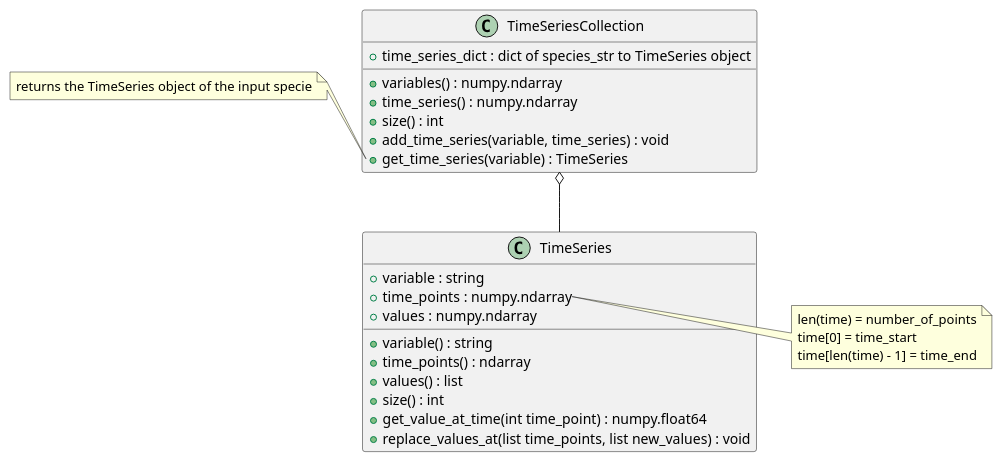
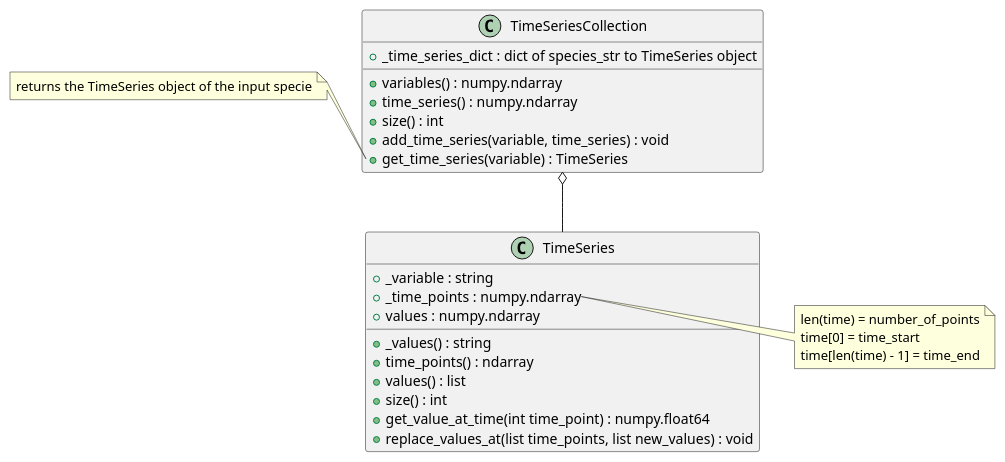
One commit to sys-bio/SBviper changed the diagram in Design/ts_tsc.plantuml. Above: the diagram before and after it, drawn with PlantUML. The commit also changed 2 other files, not shown here.

Commit message:
finished modifying ts_tsc.plantuml

```diff
--- a/Design/ts_tsc.plantuml
+++ b/Design/ts_tsc.plantuml
@@ -1,38 +1,38 @@
 @startuml
 
 TimeSeriesCollection o-- TimeSeries
 
 'TimeSeries *-- SteadyState
 
 class TimeSeriesCollection {
-    +time_series_dict : dict of species_str to TimeSeries object
+    +_time_series_dict : dict of species_str to TimeSeries object
     +variables() : numpy.ndarray
     +time_series() : numpy.ndarray
     +size() : int
     +add_time_series(variable, time_series) : void
     +get_time_series(variable) : TimeSeries
 }
 
 class TimeSeries {
-    +variable : string
-    +time_points : numpy.ndarray
-    +variable() : string
+    +_variable : string
+    +_time_points : numpy.ndarray
+    +_values() : string
     +time_points() : ndarray
     +values : numpy.ndarray
     +values() : list
     +size() : int
     +get_value_at_time(int time_point) : numpy.float64
     +replace_values_at(list time_points, list new_values) : void
 }
 
 note left of TimeSeriesCollection::get_time_series {
     returns the TimeSeries object of the input specie
 }
 
 note right of TimeSeries::time {
     len(time) = number_of_points
     time[0] = time_start
     time[len(time) - 1] = time_end
 }
 
 @enduml
```
